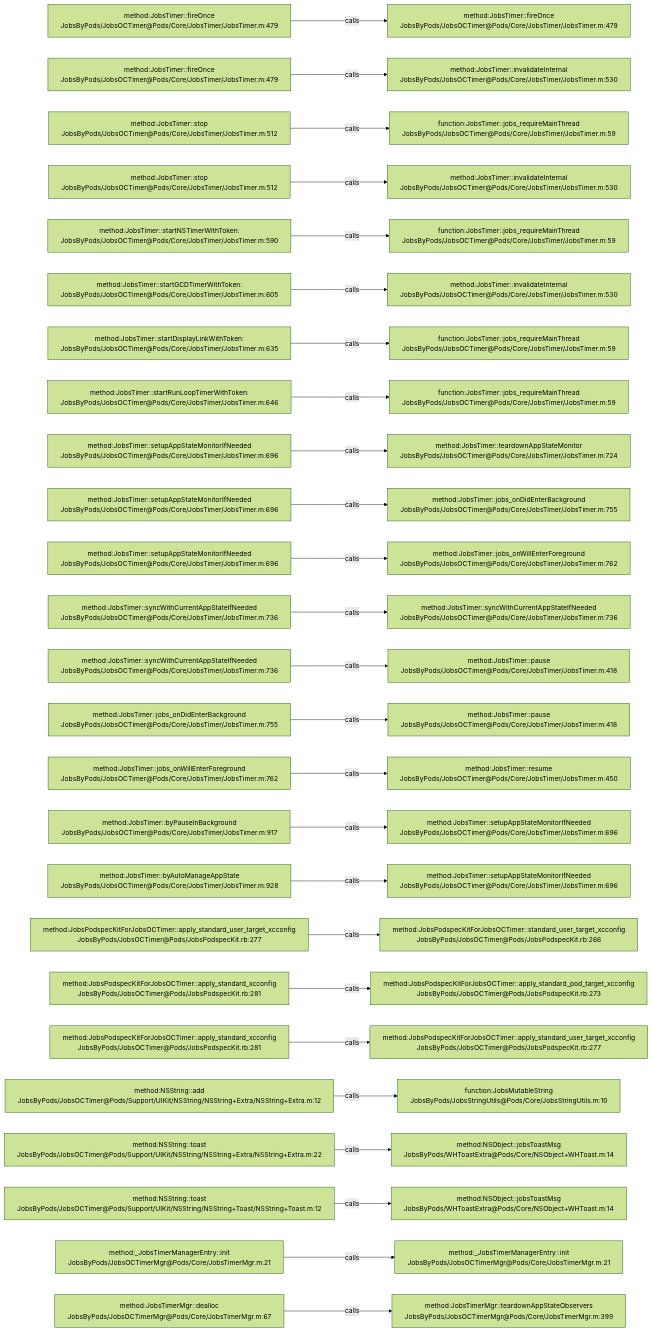
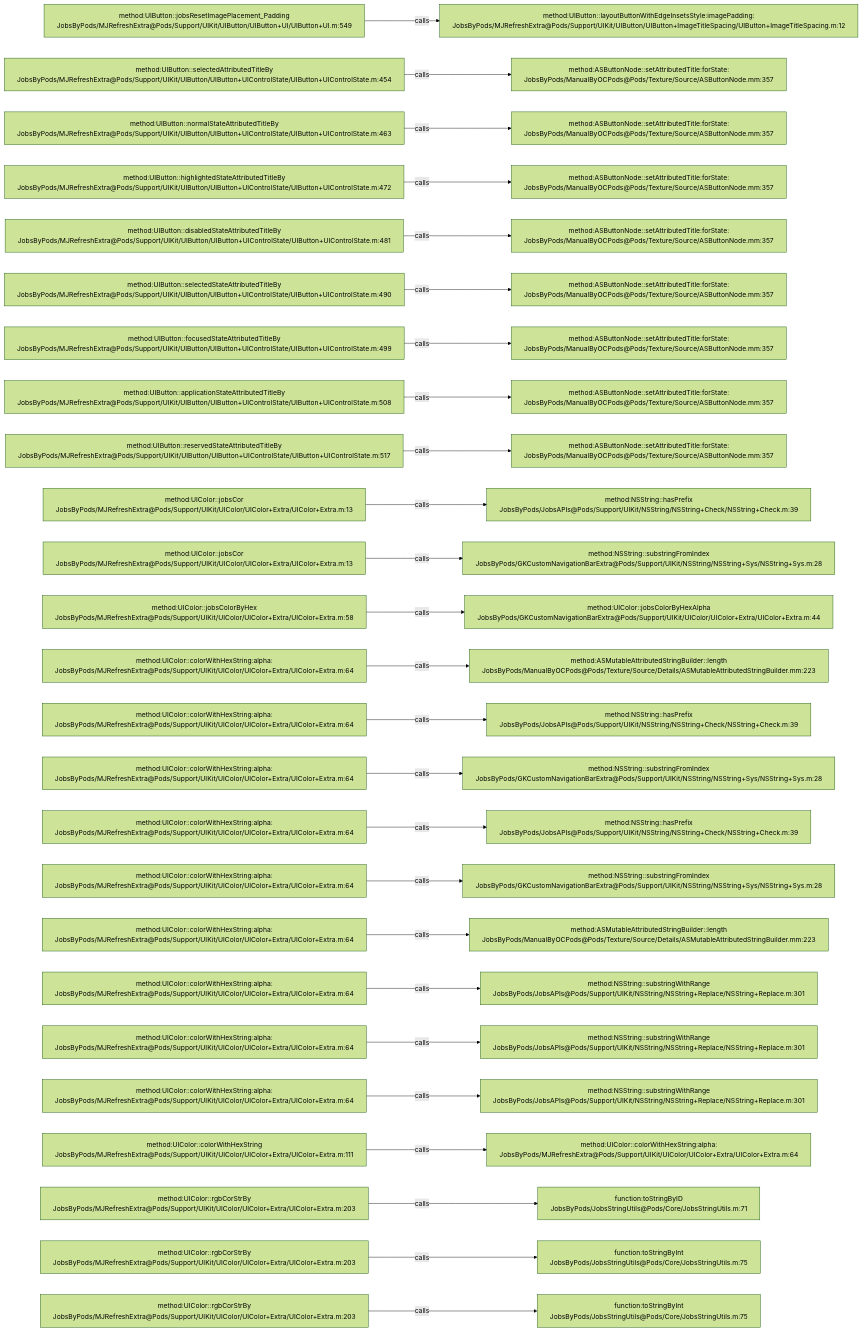
The diagram in .codegraph/codegraph.md/graphs/calls-181.md (JobsKits/JobsOCBaseConfigDemo), drawn with Mermaid (forest theme) before and after one commit. The commit also changed 1026 other files, not shown here.

````diff
--- a/.codegraph/codegraph.md/graphs/calls-181.md
+++ b/.codegraph/codegraph.md/graphs/calls-181.md
@@ -13,78 +13,78 @@
 ```mermaid
 flowchart LR
-  S1["method:JobsTimer::fireOnce<br/>JobsByPods/JobsOCTimer@Pods/Core/JobsTimer/JobsTimer.m:479"]
-  T1["method:JobsTimer::fireOnce<br/>JobsByPods/JobsOCTimer@Pods/Core/JobsTimer/JobsTimer.m:479"]
+  S1["method:UIButton::jobsResetImagePlacement_Padding<br/>JobsByPods/MJRefreshExtra@Pods/Support/UIKit/UIButton/UIButton+UI/UIButton+UI.m:549"]
+  T1["method:UIButton::layoutButtonWithEdgeInsetsStyle:imagePadding:<br/>JobsByPods/MJRefreshExtra@Pods/Support/UIKit/UIButton/UIButton+ImageTitleSpacing/UIButton+ImageTitleSpacing.m:12"]
   S1 -->|calls| T1
-  S2["method:JobsTimer::fireOnce<br/>JobsByPods/JobsOCTimer@Pods/Core/JobsTimer/JobsTimer.m:479"]
-  T2["method:JobsTimer::invalidateInternal<br/>JobsByPods/JobsOCTimer@Pods/Core/JobsTimer/JobsTimer.m:530"]
+  S2["method:UIButton::selectedAttributedTitleBy<br/>JobsByPods/MJRefreshExtra@Pods/Support/UIKit/UIButton/UIButton+UIControlState/UIButton+UIControlState.m:454"]
+  T2["method:ASButtonNode::setAttributedTitle:forState:<br/>JobsByPods/ManualByOCPods@Pods/Texture/Source/ASButtonNode.mm:357"]
   S2 -->|calls| T2
-  S3["method:JobsTimer::stop<br/>JobsByPods/JobsOCTimer@Pods/Core/JobsTimer/JobsTimer.m:512"]
-  T3["function:JobsTimer::jobs_requireMainThread<br/>JobsByPods/JobsOCTimer@Pods/Core/JobsTimer/JobsTimer.m:59"]
+  S3["method:UIButton::normalStateAttributedTitleBy<br/>JobsByPods/MJRefreshExtra@Pods/Support/UIKit/UIButton/UIButton+UIControlState/UIButton+UIControlState.m:463"]
+  T3["method:ASButtonNode::setAttributedTitle:forState:<br/>JobsByPods/ManualByOCPods@Pods/Texture/Source/ASButtonNode.mm:357"]
   S3 -->|calls| T3
-  S4["method:JobsTimer::stop<br/>JobsByPods/JobsOCTimer@Pods/Core/JobsTimer/JobsTimer.m:512"]
-  T4["method:JobsTimer::invalidateInternal<br/>JobsByPods/JobsOCTimer@Pods/Core/JobsTimer/JobsTimer.m:530"]
+  S4["method:UIButton::highlightedStateAttributedTitleBy<br/>JobsByPods/MJRefreshExtra@Pods/Support/UIKit/UIButton/UIButton+UIControlState/UIButton+UIControlState.m:472"]
+  T4["method:ASButtonNode::setAttributedTitle:forState:<br/>JobsByPods/ManualByOCPods@Pods/Texture/Source/ASButtonNode.mm:357"]
   S4 -->|calls| T4
-  S5["method:JobsTimer::startNSTimerWithToken:<br/>JobsByPods/JobsOCTimer@Pods/Core/JobsTimer/JobsTimer.m:590"]
-  T5["function:JobsTimer::jobs_requireMainThread<br/>JobsByPods/JobsOCTimer@Pods/Core/JobsTimer/JobsTimer.m:59"]
+  S5["method:UIButton::disabledStateAttributedTitleBy<br/>JobsByPods/MJRefreshExtra@Pods/Support/UIKit/UIButton/UIButton+UIControlState/UIButton+UIControlState.m:481"]
+  T5["method:ASButtonNode::setAttributedTitle:forState:<br/>JobsByPods/ManualByOCPods@Pods/Texture/Source/ASButtonNode.mm:357"]
   S5 -->|calls| T5
-  S6["method:JobsTimer::startGCDTimerWithToken:<br/>JobsByPods/JobsOCTimer@Pods/Core/JobsTimer/JobsTimer.m:605"]
-  T6["method:JobsTimer::invalidateInternal<br/>JobsByPods/JobsOCTimer@Pods/Core/JobsTimer/JobsTimer.m:530"]
+  S6["method:UIButton::selectedStateAttributedTitleBy<br/>JobsByPods/MJRefreshExtra@Pods/Support/UIKit/UIButton/UIButton+UIControlState/UIButton+UIControlState.m:490"]
+  T6["method:ASButtonNode::setAttributedTitle:forState:<br/>JobsByPods/ManualByOCPods@Pods/Texture/Source/ASButtonNode.mm:357"]
   S6 -->|calls| T6
-  S7["method:JobsTimer::startDisplayLinkWithToken:<br/>JobsByPods/JobsOCTimer@Pods/Core/JobsTimer/JobsTimer.m:635"]
-  T7["function:JobsTimer::jobs_requireMainThread<br/>JobsByPods/JobsOCTimer@Pods/Core/JobsTimer/JobsTimer.m:59"]
+  S7["method:UIButton::focusedStateAttributedTitleBy<br/>JobsByPods/MJRefreshExtra@Pods/Support/UIKit/UIButton/UIButton+UIControlState/UIButton+UIControlState.m:499"]
+  T7["method:ASButtonNode::setAttributedTitle:forState:<br/>JobsByPods/ManualByOCPods@Pods/Texture/Source/ASButtonNode.mm:357"]
   S7 -->|calls| T7
-  S8["method:JobsTimer::startRunLoopTimerWithToken:<br/>JobsByPods/JobsOCTimer@Pods/Core/JobsTimer/JobsTimer.m:646"]
-  T8["function:JobsTimer::jobs_requireMainThread<br/>JobsByPods/JobsOCTimer@Pods/Core/JobsTimer/JobsTimer.m:59"]
+  S8["method:UIButton::applicationStateAttributedTitleBy<br/>JobsByPods/MJRefreshExtra@Pods/Support/UIKit/UIButton/UIButton+UIControlState/UIButton+UIControlState.m:508"]
+  T8["method:ASButtonNode::setAttributedTitle:forState:<br/>JobsByPods/ManualByOCPods@Pods/Texture/Source/ASButtonNode.mm:357"]
   S8 -->|calls| T8
-  S9["method:JobsTimer::setupAppStateMonitorIfNeeded<br/>JobsByPods/JobsOCTimer@Pods/Core/JobsTimer/JobsTimer.m:696"]
-  T9["method:JobsTimer::teardownAppStateMonitor<br/>JobsByPods/JobsOCTimer@Pods/Core/JobsTimer/JobsTimer.m:724"]
+  S9["method:UIButton::reservedStateAttributedTitleBy<br/>JobsByPods/MJRefreshExtra@Pods/Support/UIKit/UIButton/UIButton+UIControlState/UIButton+UIControlState.m:517"]
+  T9["method:ASButtonNode::setAttributedTitle:forState:<br/>JobsByPods/ManualByOCPods@Pods/Texture/Source/ASButtonNode.mm:357"]
   S9 -->|calls| T9
-  S10["method:JobsTimer::setupAppStateMonitorIfNeeded<br/>JobsByPods/JobsOCTimer@Pods/Core/JobsTimer/JobsTimer.m:696"]
-  T10["method:JobsTimer::jobs_onDidEnterBackground<br/>JobsByPods/JobsOCTimer@Pods/Core/JobsTimer/JobsTimer.m:755"]
+  S10["method:UIColor::jobsCor<br/>JobsByPods/MJRefreshExtra@Pods/Support/UIKit/UIColor/UIColor+Extra/UIColor+Extra.m:13"]
+  T10["method:NSString::hasPrefix<br/>JobsByPods/JobsAPIs@Pods/Support/UIKit/NSString/NSString+Check/NSString+Check.m:39"]
   S10 -->|calls| T10
-  S11["method:JobsTimer::setupAppStateMonitorIfNeeded<br/>JobsByPods/JobsOCTimer@Pods/Core/JobsTimer/JobsTimer.m:696"]
-  T11["method:JobsTimer::jobs_onWillEnterForeground<br/>JobsByPods/JobsOCTimer@Pods/Core/JobsTimer/JobsTimer.m:762"]
+  S11["method:UIColor::jobsCor<br/>JobsByPods/MJRefreshExtra@Pods/Support/UIKit/UIColor/UIColor+Extra/UIColor+Extra.m:13"]
+  T11["method:NSString::substringFromIndex<br/>JobsByPods/GKCustomNavigationBarExtra@Pods/Support/UIKit/NSString/NSString+Sys/NSString+Sys.m:28"]
   S11 -->|calls| T11
-  S12["method:JobsTimer::syncWithCurrentAppStateIfNeeded<br/>JobsByPods/JobsOCTimer@Pods/Core/JobsTimer/JobsTimer.m:736"]
-  T12["method:JobsTimer::syncWithCurrentAppStateIfNeeded<br/>JobsByPods/JobsOCTimer@Pods/Core/JobsTimer/JobsTimer.m:736"]
+  S12["method:UIColor::jobsColorByHex<br/>JobsByPods/MJRefreshExtra@Pods/Support/UIKit/UIColor/UIColor+Extra/UIColor+Extra.m:58"]
+  T12["method:UIColor::jobsColorByHexAlpha<br/>JobsByPods/GKCustomNavigationBarExtra@Pods/Support/UIKit/UIColor/UIColor+Extra/UIColor+Extra.m:44"]
   S12 -->|calls| T12
-  S13["method:JobsTimer::syncWithCurrentAppStateIfNeeded<br/>JobsByPods/JobsOCTimer@Pods/Core/JobsTimer/JobsTimer.m:736"]
-  T13["method:JobsTimer::pause<br/>JobsByPods/JobsOCTimer@Pods/Core/JobsTimer/JobsTimer.m:418"]
+  S13["method:UIColor::colorWithHexString:alpha:<br/>JobsByPods/MJRefreshExtra@Pods/Support/UIKit/UIColor/UIColor+Extra/UIColor+Extra.m:64"]
+  T13["method:ASMutableAttributedStringBuilder::length<br/>JobsByPods/ManualByOCPods@Pods/Texture/Source/Details/ASMutableAttributedStringBuilder.mm:223"]
   S13 -->|calls| T13
-  S14["method:JobsTimer::jobs_onDidEnterBackground<br/>JobsByPods/JobsOCTimer@Pods/Core/JobsTimer/JobsTimer.m:755"]
-  T14["method:JobsTimer::pause<br/>JobsByPods/JobsOCTimer@Pods/Core/JobsTimer/JobsTimer.m:418"]
+  S14["method:UIColor::colorWithHexString:alpha:<br/>JobsByPods/MJRefreshExtra@Pods/Support/UIKit/UIColor/UIColor+Extra/UIColor+Extra.m:64"]
+  T14["method:NSString::hasPrefix<br/>JobsByPods/JobsAPIs@Pods/Support/UIKit/NSString/NSString+Check/NSString+Check.m:39"]
   S14 -->|calls| T14
-  S15["method:JobsTimer::jobs_onWillEnterForeground<br/>JobsByPods/JobsOCTimer@Pods/Core/JobsTimer/JobsTimer.m:762"]
-  T15["method:JobsTimer::resume<br/>JobsByPods/JobsOCTimer@Pods/Core/JobsTimer/JobsTimer.m:450"]
+  S15["method:UIColor::colorWithHexString:alpha:<br/>JobsByPods/MJRefreshExtra@Pods/Support/UIKit/UIColor/UIColor+Extra/UIColor+Extra.m:64"]
+  T15["method:NSString::substringFromIndex<br/>JobsByPods/GKCustomNavigationBarExtra@Pods/Support/UIKit/NSString/NSString+Sys/NSString+Sys.m:28"]
   S15 -->|calls| T15
-  S16["method:JobsTimer::byPauseInBackground<br/>JobsByPods/JobsOCTimer@Pods/Core/JobsTimer/JobsTimer.m:917"]
-  T16["method:JobsTimer::setupAppStateMonitorIfNeeded<br/>JobsByPods/JobsOCTimer@Pods/Core/JobsTimer/JobsTimer.m:696"]
+  S16["method:UIColor::colorWithHexString:alpha:<br/>JobsByPods/MJRefreshExtra@Pods/Support/UIKit/UIColor/UIColor+Extra/UIColor+Extra.m:64"]
+  T16["method:NSString::hasPrefix<br/>JobsByPods/JobsAPIs@Pods/Support/UIKit/NSString/NSString+Check/NSString+Check.m:39"]
   S16 -->|calls| T16
-  S17["method:JobsTimer::byAutoManageAppState<br/>JobsByPods/JobsOCTimer@Pods/Core/JobsTimer/JobsTimer.m:928"]
-  T17["method:JobsTimer::setupAppStateMonitorIfNeeded<br/>JobsByPods/JobsOCTimer@Pods/Core/JobsTimer/JobsTimer.m:696"]
+  S17["method:UIColor::colorWithHexString:alpha:<br/>JobsByPods/MJRefreshExtra@Pods/Support/UIKit/UIColor/UIColor+Extra/UIColor+Extra.m:64"]
+  T17["method:NSString::substringFromIndex<br/>JobsByPods/GKCustomNavigationBarExtra@Pods/Support/UIKit/NSString/NSString+Sys/NSString+Sys.m:28"]
   S17 -->|calls| T17
-  S18["method:JobsPodspecKitForJobsOCTimer::apply_standard_user_target_xcconfig<br/>JobsByPods/JobsOCTimer@Pods/JobsPodspecKit.rb:277"]
-  T18["method:JobsPodspecKitForJobsOCTimer::standard_user_target_xcconfig<br/>JobsByPods/JobsOCTimer@Pods/JobsPodspecKit.rb:266"]
+  S18["method:UIColor::colorWithHexString:alpha:<br/>JobsByPods/MJRefreshExtra@Pods/Support/UIKit/UIColor/UIColor+Extra/UIColor+Extra.m:64"]
+  T18["method:ASMutableAttributedStringBuilder::length<br/>JobsByPods/ManualByOCPods@Pods/Texture/Source/Details/ASMutableAttributedStringBuilder.mm:223"]
   S18 -->|calls| T18
-  S19["method:JobsPodspecKitForJobsOCTimer::apply_standard_xcconfig<br/>JobsByPods/JobsOCTimer@Pods/JobsPodspecKit.rb:281"]
-  T19["method:JobsPodspecKitForJobsOCTimer::apply_standard_pod_target_xcconfig<br/>JobsByPods/JobsOCTimer@Pods/JobsPodspecKit.rb:273"]
+  S19["method:UIColor::colorWithHexString:alpha:<br/>JobsByPods/MJRefreshExtra@Pods/Support/UIKit/UIColor/UIColor+Extra/UIColor+Extra.m:64"]
+  T19["method:NSString::substringWithRange<br/>JobsByPods/JobsAPIs@Pods/Support/UIKit/NSString/NSString+Replace/NSString+Replace.m:301"]
   S19 -->|calls| T19
-  S20["method:JobsPodspecKitForJobsOCTimer::apply_standard_xcconfig<br/>JobsByPods/JobsOCTimer@Pods/JobsPodspecKit.rb:281"]
-  T20["method:JobsPodspecKitForJobsOCTimer::apply_standard_user_target_xcconfig<br/>JobsByPods/JobsOCTimer@Pods/JobsPodspecKit.rb:277"]
+  S20["method:UIColor::colorWithHexString:alpha:<br/>JobsByPods/MJRefreshExtra@Pods/Support/UIKit/UIColor/UIColor+Extra/UIColor+Extra.m:64"]
+  T20["method:NSString::substringWithRange<br/>JobsByPods/JobsAPIs@Pods/Support/UIKit/NSString/NSString+Replace/NSString+Replace.m:301"]
   S20 -->|calls| T20
-  S21["method:NSString::add<br/>JobsByPods/JobsOCTimer@Pods/Support/UIKit/NSString/NSString+Extra/NSString+Extra.m:12"]
-  T21["function:JobsMutableString<br/>JobsByPods/JobsStringUtils@Pods/Core/JobsStringUtils.m:10"]
+  S21["method:UIColor::colorWithHexString:alpha:<br/>JobsByPods/MJRefreshExtra@Pods/Support/UIKit/UIColor/UIColor+Extra/UIColor+Extra.m:64"]
+  T21["method:NSString::substringWithRange<br/>JobsByPods/JobsAPIs@Pods/Support/UIKit/NSString/NSString+Replace/NSString+Replace.m:301"]
   S21 -->|calls| T21
-  S22["method:NSString::toast<br/>JobsByPods/JobsOCTimer@Pods/Support/UIKit/NSString/NSString+Extra/NSString+Extra.m:22"]
-  T22["method:NSObject::jobsToastMsg<br/>JobsByPods/WHToastExtra@Pods/Core/NSObject+WHToast.m:14"]
+  S22["method:UIColor::colorWithHexString<br/>JobsByPods/MJRefreshExtra@Pods/Support/UIKit/UIColor/UIColor+Extra/UIColor+Extra.m:111"]
+  T22["method:UIColor::colorWithHexString:alpha:<br/>JobsByPods/MJRefreshExtra@Pods/Support/UIKit/UIColor/UIColor+Extra/UIColor+Extra.m:64"]
   S22 -->|calls| T22
-  S23["method:NSString::toast<br/>JobsByPods/JobsOCTimer@Pods/Support/UIKit/NSString/NSString+Toast/NSString+Toast.m:12"]
-  T23["method:NSObject::jobsToastMsg<br/>JobsByPods/WHToastExtra@Pods/Core/NSObject+WHToast.m:14"]
+  S23["method:UIColor::rgbCorStrBy<br/>JobsByPods/MJRefreshExtra@Pods/Support/UIKit/UIColor/UIColor+Extra/UIColor+Extra.m:203"]
+  T23["function:toStringByID<br/>JobsByPods/JobsStringUtils@Pods/Core/JobsStringUtils.m:71"]
   S23 -->|calls| T23
-  S24["method:_JobsTimerManagerEntry::init<br/>JobsByPods/JobsOCTimerMgr@Pods/Core/JobsTimerMgr.m:21"]
-  T24["method:_JobsTimerManagerEntry::init<br/>JobsByPods/JobsOCTimerMgr@Pods/Core/JobsTimerMgr.m:21"]
+  S24["method:UIColor::rgbCorStrBy<br/>JobsByPods/MJRefreshExtra@Pods/Support/UIKit/UIColor/UIColor+Extra/UIColor+Extra.m:203"]
+  T24["function:toStringByInt<br/>JobsByPods/JobsStringUtils@Pods/Core/JobsStringUtils.m:75"]
   S24 -->|calls| T24
-  S25["method:JobsTimerMgr::dealloc<br/>JobsByPods/JobsOCTimerMgr@Pods/Core/JobsTimerMgr.m:67"]
-  T25["method:JobsTimerMgr::teardownAppStateObservers<br/>JobsByPods/JobsOCTimerMgr@Pods/Core/JobsTimerMgr.m:399"]
+  S25["method:UIColor::rgbCorStrBy<br/>JobsByPods/MJRefreshExtra@Pods/Support/UIKit/UIColor/UIColor+Extra/UIColor+Extra.m:203"]
+  T25["function:toStringByInt<br/>JobsByPods/JobsStringUtils@Pods/Core/JobsStringUtils.m:75"]
   S25 -->|calls| T25
 ```
````
